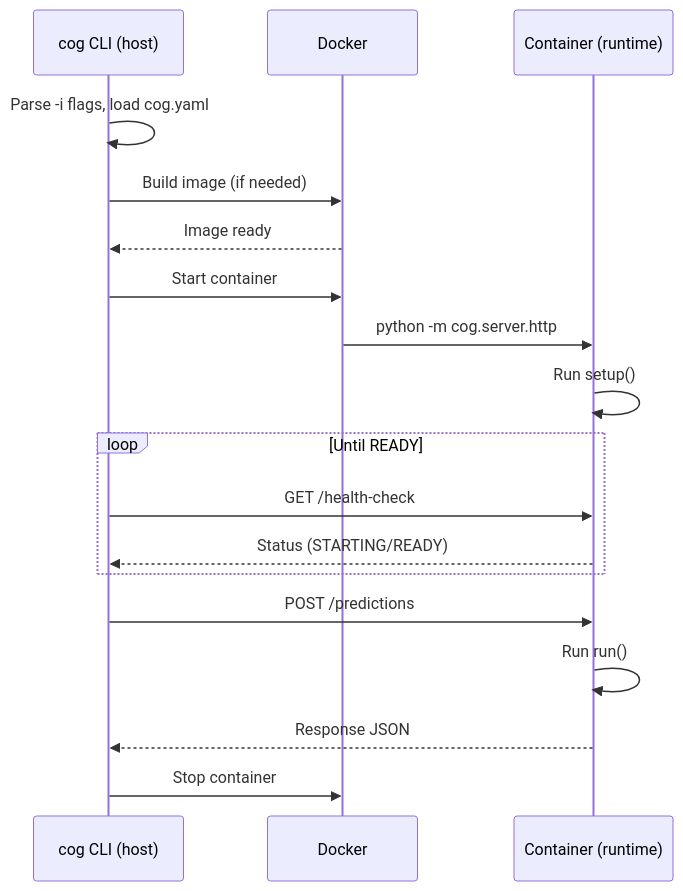
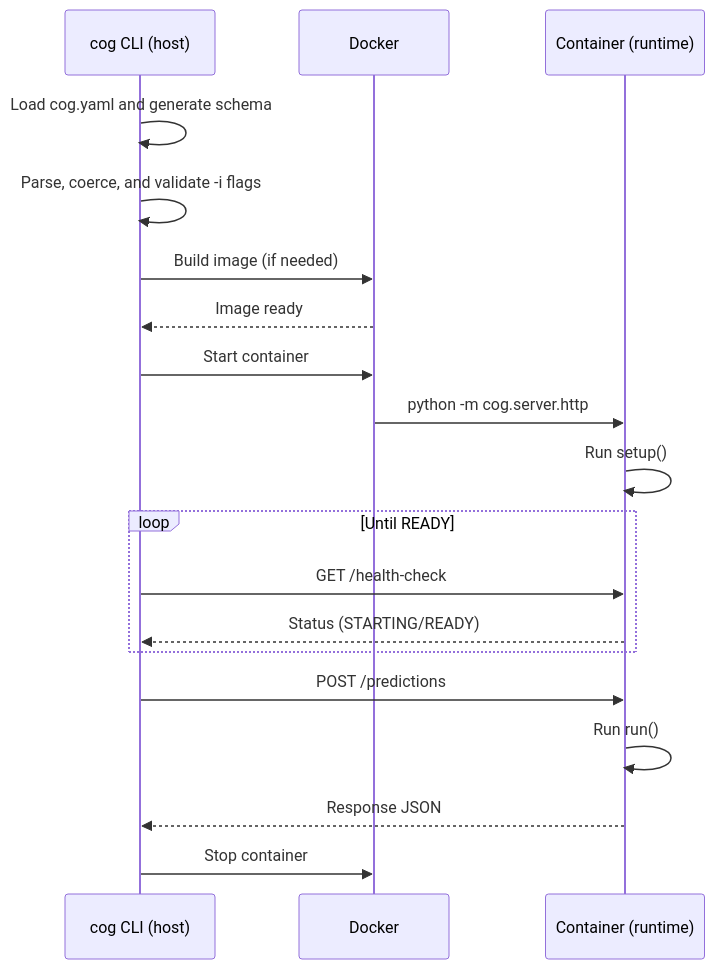
The diagram in architecture/06-cli.md (replicate/cog), drawn with Mermaid before and after one commit. The commit also changed other lines of this file and 20 other files, not shown here.

````diff
--- a/architecture/06-cli.md
+++ b/architecture/06-cli.md
@@ -179,25 +182,26 @@
 ```mermaid
 sequenceDiagram
     participant CLI as cog CLI (host)
     participant Docker
     participant Container as Container (runtime)
 
-    CLI->>CLI: Parse -i flags, load cog.yaml
+    CLI->>CLI: Load cog.yaml and generate schema
+    CLI->>CLI: Parse, coerce, and validate -i flags
     CLI->>Docker: Build image (if needed)
     Docker-->>CLI: Image ready
 
     CLI->>Docker: Start container
     Docker->>Container: python -m cog.server.http
     Container->>Container: Run setup()
 
     loop Until READY
         CLI->>Container: GET /health-check
         Container-->>CLI: Status (STARTING/READY)
     end
 
     CLI->>Container: POST /predictions
     Container->>Container: Run run()
     Container-->>CLI: Response JSON
 
     CLI->>Docker: Stop container
 ```
````
